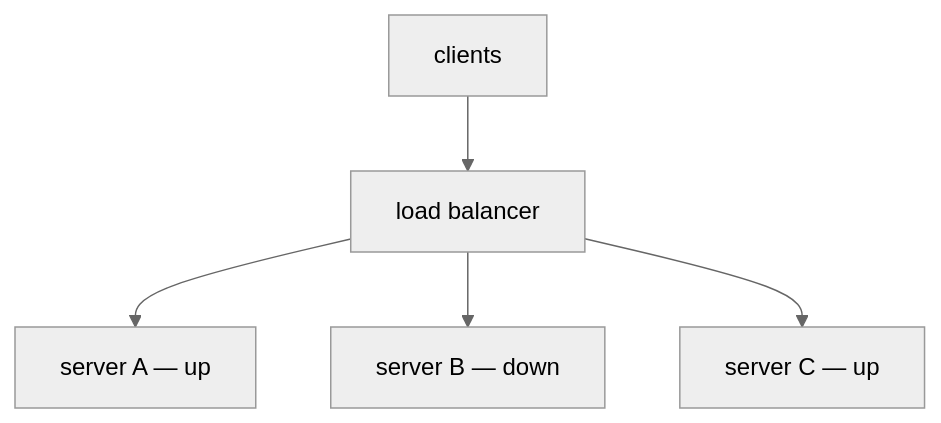
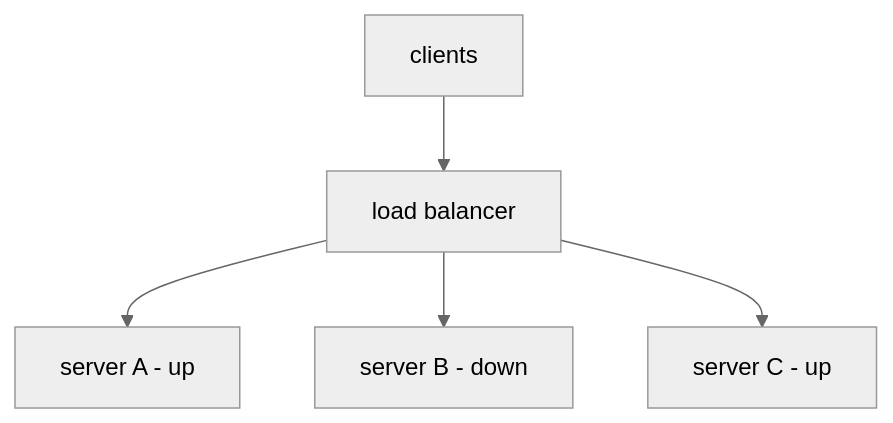
One commit to Topurrra/themissingmanual changed the first of 3 diagrams in guides/networking/designing-an-enterprise-network/02-scaling-and-reliability.md. Above: the diagram before and after it, drawn with Mermaid (neutral theme). The commit also changed other lines of this file and 1072 other files, not shown here.

````diff
--- a/guides/networking/designing-an-enterprise-network/02-scaling-and-reliability.md
+++ b/guides/networking/designing-an-enterprise-network/02-scaling-and-reliability.md
@@ -28,7 +28,7 @@
 ```mermaid
 flowchart TD
   clients[clients] --> lb[load balancer]
-  lb --> a[server A — up]
-  lb --> b[server B — down]
-  lb --> c[server C — up]
+  lb --> a[server A - up]
+  lb --> b[server B - down]
+  lb --> c[server C - up]
 ```
````
